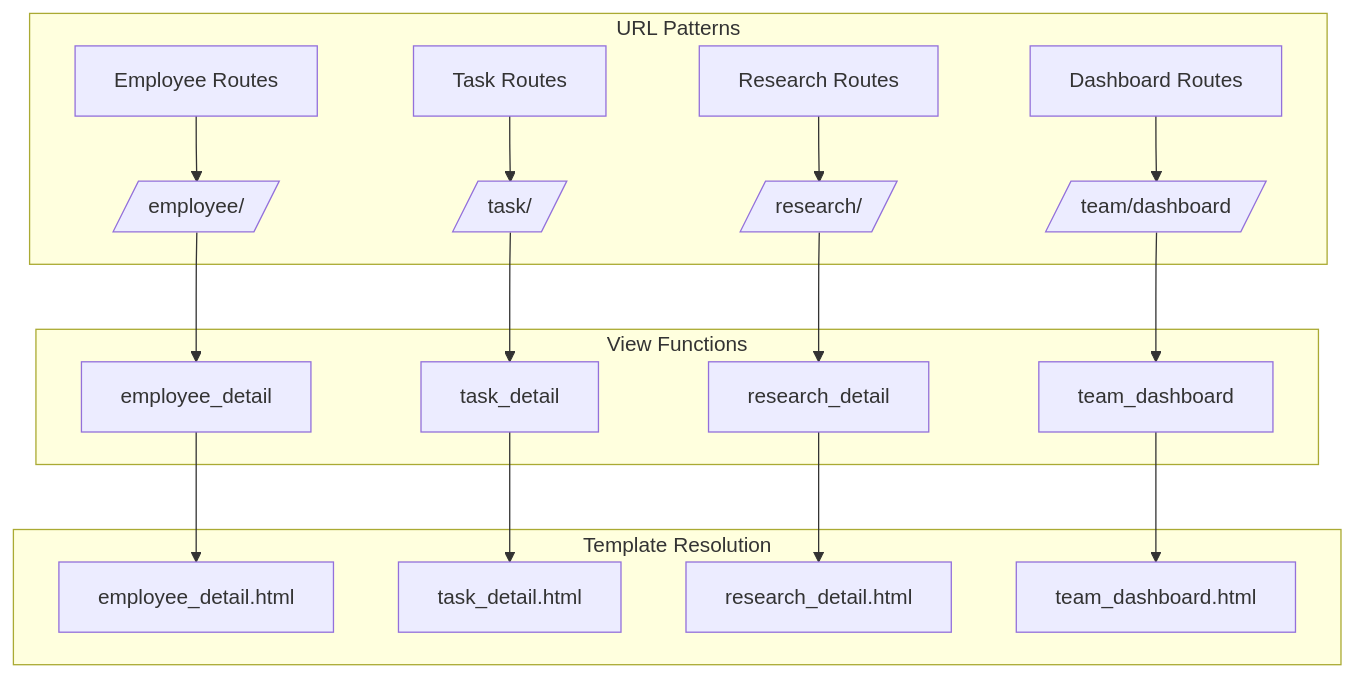
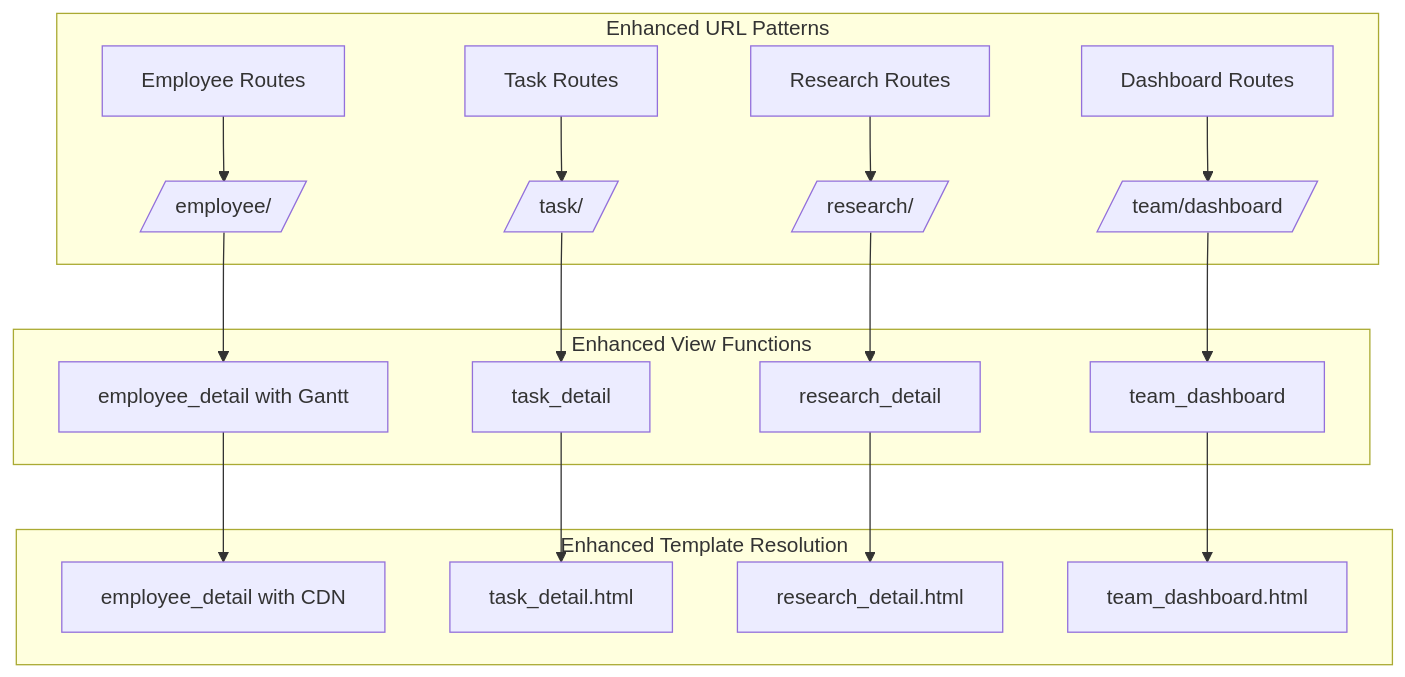
Before and after one commit to Pavel9474/task_manager: the eighth of 9 diagrams in .qoder/repowiki/en/content/User Interface and Templates/Gantt Chart Visualization System.md, drawn with Mermaid. The commit also changed other lines of this file and 11 other files, not shown here.

Commit message:
bars are added gantt correct, popup windows works

````diff
--- a/.qoder/repowiki/en/content/User Interface and Templates/Gantt Chart Visualization System.md
+++ b/.qoder/repowiki/en/content/User Interface and Templates/Gantt Chart Visualization System.md
@@ -349,21 +372,21 @@
 ```mermaid
 graph TB
-subgraph "URL Patterns"
+subgraph "Enhanced URL Patterns"
 A[Employee Routes] --> B[/employee/<int:employee_id>/]
 C[Task Routes] --> D[/task/<int:task_id>/]
 E[Research Routes] --> F[/research/<int:task_id>/]
 G[Dashboard Routes] --> H[/team/dashboard/]
 end
-subgraph "View Functions"
-B --> I[employee_detail]
+subgraph "Enhanced View Functions"
+B --> I[employee_detail with Gantt]
 D --> J[task_detail]
 F --> K[research_detail]
 H --> L[team_dashboard]
 end
-subgraph "Template Resolution"
-I --> M[employee_detail.html]
+subgraph "Enhanced Template Resolution"
+I --> M[employee_detail with CDN]
 J --> N[task_detail.html]
 K --> O[research_detail.html]
 L --> P[team_dashboard.html]
 end
 ```
````
